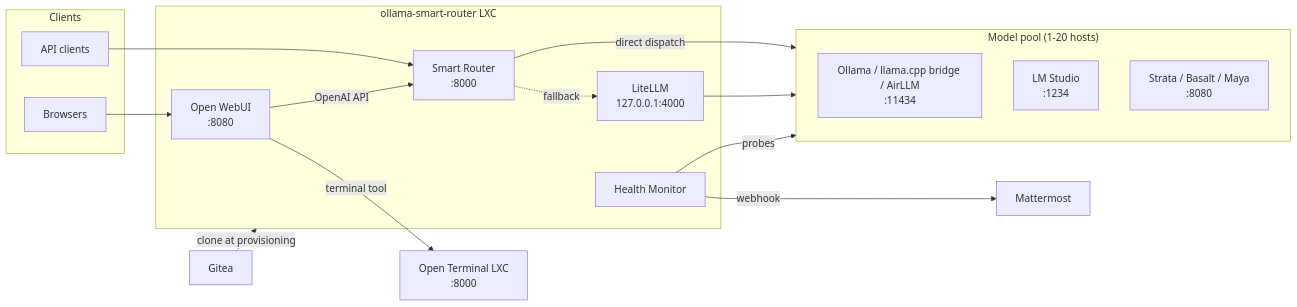
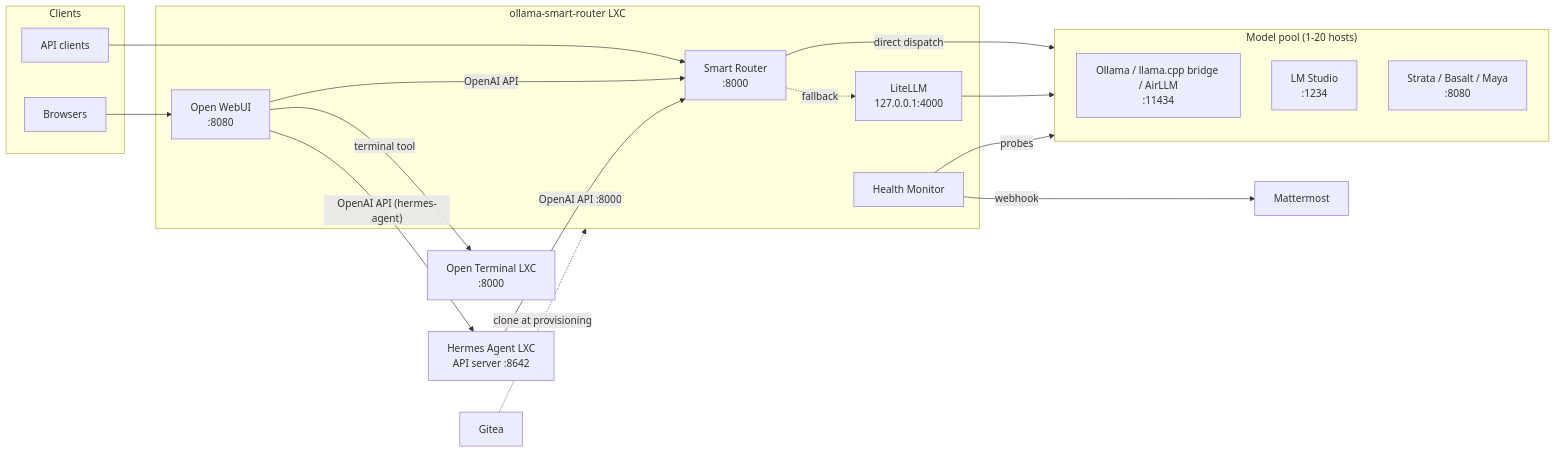
Before and after one commit to wwarren/osr: the first of 4 diagrams in ARCHITECTURE.md, drawn with Mermaid. The commit also changed other lines of this file and 44 other files, not shown here.

Commit message:
added hermes-agent, configured to use osr

````diff
--- a/ARCHITECTURE.md
+++ b/ARCHITECTURE.md
@@ -43,32 +45,35 @@
 ```mermaid
 flowchart LR
     subgraph clients[Clients]
         api["API clients"]
         browser["Browsers"]
     end
     subgraph ct["ollama-smart-router LXC"]
         router["Smart Router<br/>:8000"]
         webui["Open WebUI<br/>:8080"]
         litellm["LiteLLM<br/>127.0.0.1:4000"]
         monitor["Health Monitor"]
     end
     subgraph pool["Model pool (1-20 hosts)"]
         o1["Ollama / llama.cpp bridge / AirLLM<br/>:11434"]
         o2["LM Studio<br/>:1234"]
         o3["Strata / Basalt / Maya<br/>:8080"]
     end
     term["Open Terminal LXC<br/>:8000"]
+    hermes["Hermes Agent LXC<br/>API server :8642"]
     gitea["Gitea"]
     mm["Mattermost"]
 
     api --> router
     browser --> webui
     webui -->|OpenAI API| router
     webui -->|terminal tool| term
+    webui -->|"OpenAI API (hermes-agent)"| hermes
+    hermes -->|OpenAI API :8000| router
     router -->|direct dispatch| pool
     router -.->|fallback| litellm
     litellm --> pool
     monitor -->|probes| pool
     monitor -->|webhook| mm
     gitea -.->|clone at provisioning| ct
 ```
````
